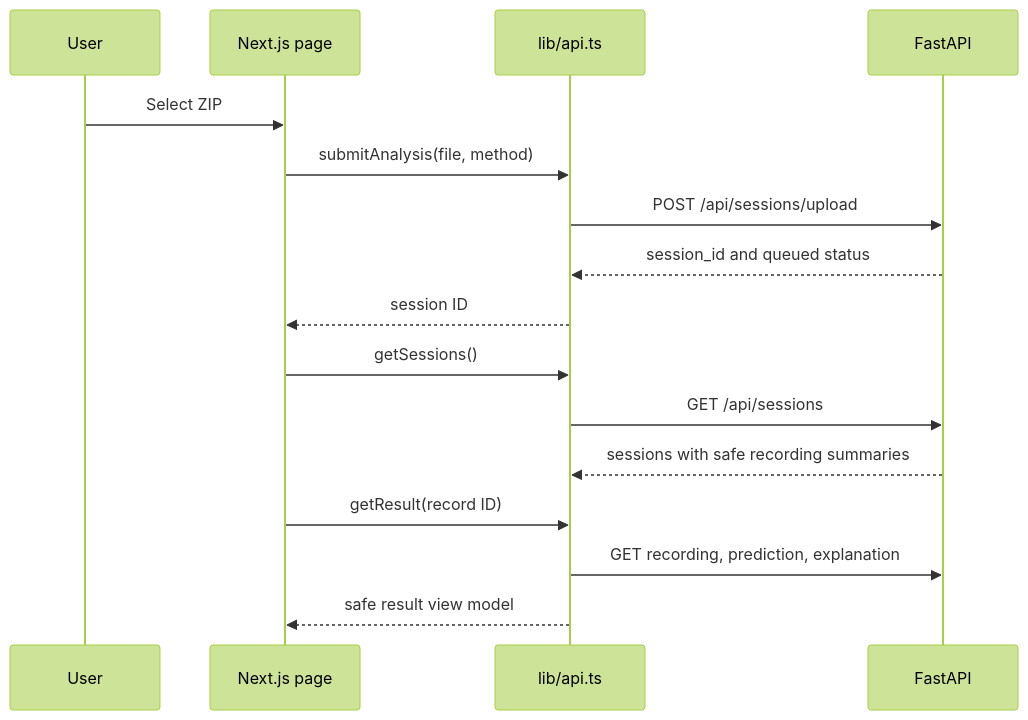
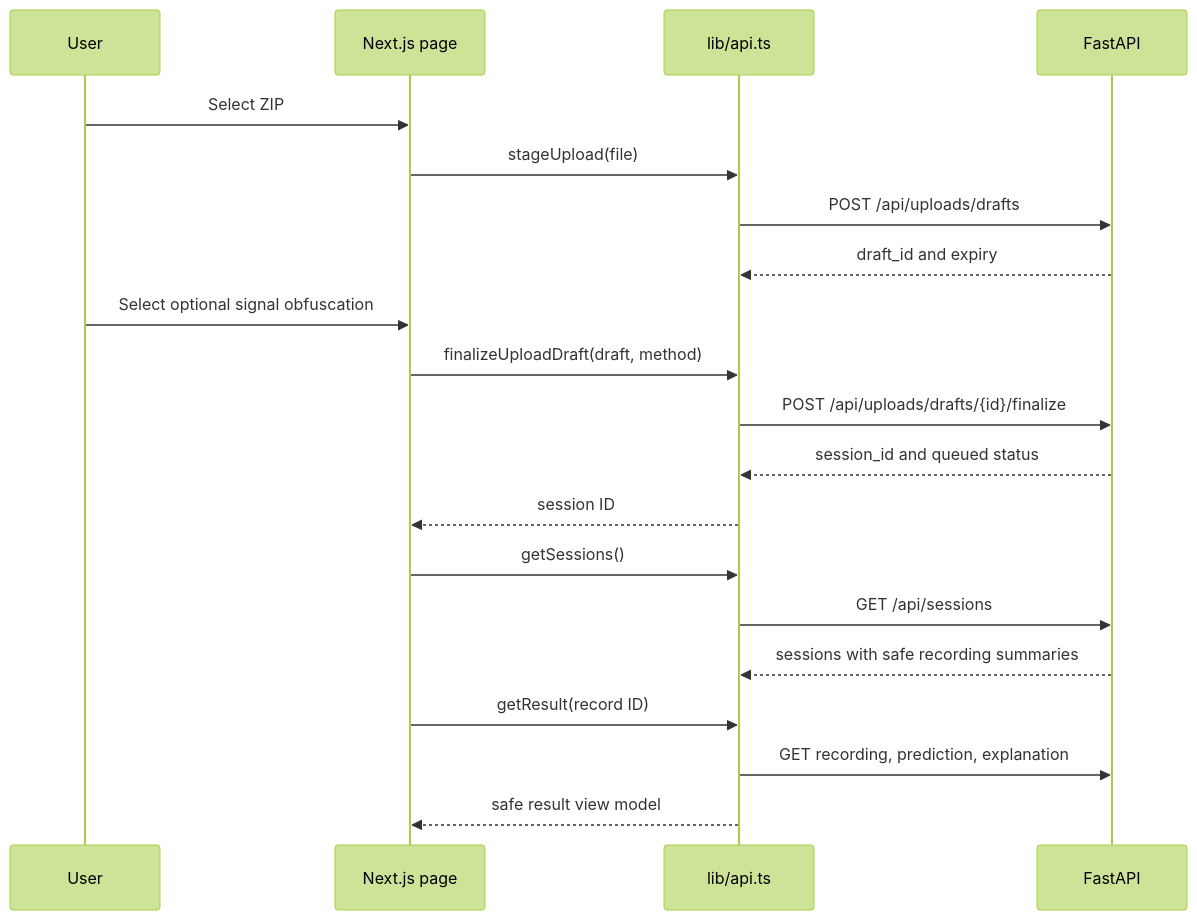
Before and after one commit to 4ffaad/FYP-MDS01: the third of 4 diagrams in docs/frontend.md, drawn with Mermaid (forest theme). The commit also changed other lines of this file and 377 other files, not shown here.

````diff
--- a/docs/frontend.md
+++ b/docs/frontend.md
@@ -37,19 +40,23 @@
 ```mermaid
 sequenceDiagram
     participant User
     participant Page as Next.js page
     participant Adapter as lib/api.ts
     participant API as FastAPI
 
     User->>Page: Select ZIP
-    Page->>Adapter: submitAnalysis(file, method)
-    Adapter->>API: POST /api/sessions/upload
+    Page->>Adapter: stageUpload(file)
+    Adapter->>API: POST /api/uploads/drafts
+    API-->>Adapter: draft_id and expiry
+    User->>Page: Select optional signal obfuscation
+    Page->>Adapter: finalizeUploadDraft(draft, method)
+    Adapter->>API: POST /api/uploads/drafts/{id}/finalize
     API-->>Adapter: session_id and queued status
     Adapter-->>Page: session ID
     Page->>Adapter: getSessions()
     Adapter->>API: GET /api/sessions
     API-->>Adapter: sessions with safe recording summaries
     Page->>Adapter: getResult(record ID)
     Adapter->>API: GET recording, prediction, explanation
     Adapter-->>Page: safe result view model
 ```
````
